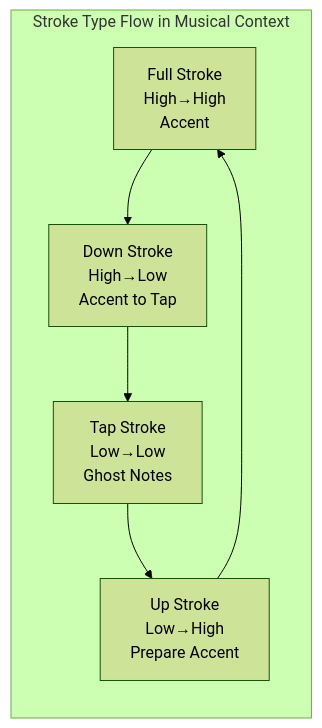
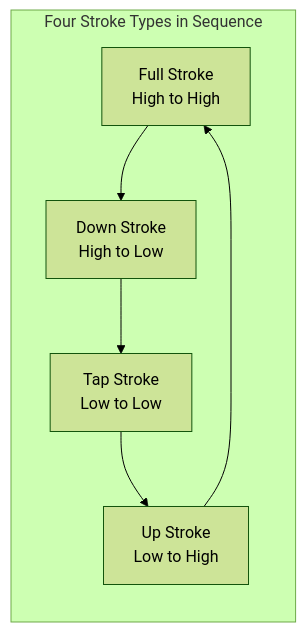
The second of 5 diagrams in topics/arts/music_performance/drums/lesson_01_rudiments_grip_and_rebound.md (blebleblee/synapse), drawn with Mermaid (forest theme) before and after one commit. The commit also changed other lines of this file and 2 other files, not shown here.

````diff
--- a/topics/arts/music_performance/drums/lesson_01_rudiments_grip_and_rebound.md
+++ b/topics/arts/music_performance/drums/lesson_01_rudiments_grip_and_rebound.md
@@ -98,9 +94,9 @@
 ```mermaid
 graph LR
-    subgraph sub_stroke_cycle ["Stroke Type Flow in Musical Context"]
-        F["Full Stroke<br/>High→High<br/>Accent"] --> D["Down Stroke<br/>High→Low<br/>Accent to Tap"]
-        D --> T["Tap Stroke<br/>Low→Low<br/>Ghost Notes"]
-        T --> U["Up Stroke<br/>Low→High<br/>Prepare Accent"]
+    subgraph sub_stroke_cycle ["Four Stroke Types in Sequence"]
+        F["Full Stroke<br/>High to High"] --> D["Down Stroke<br/>High to Low"]
+        D --> T["Tap Stroke<br/>Low to Low"]
+        T --> U["Up Stroke<br/>Low to High"]
         U --> F
     end
 ```
````
